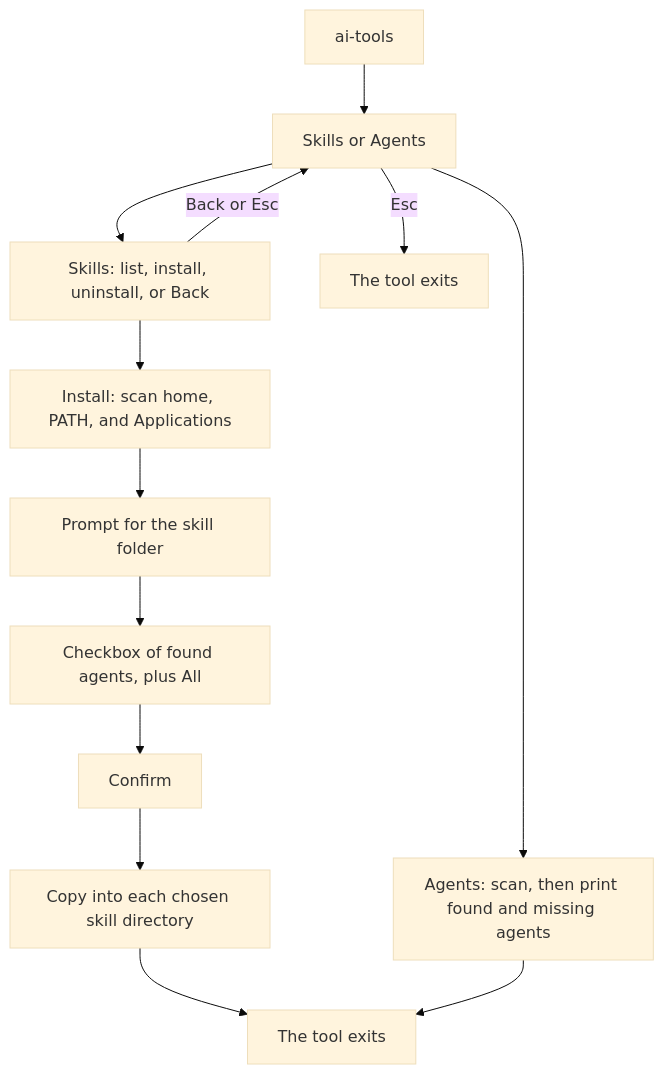
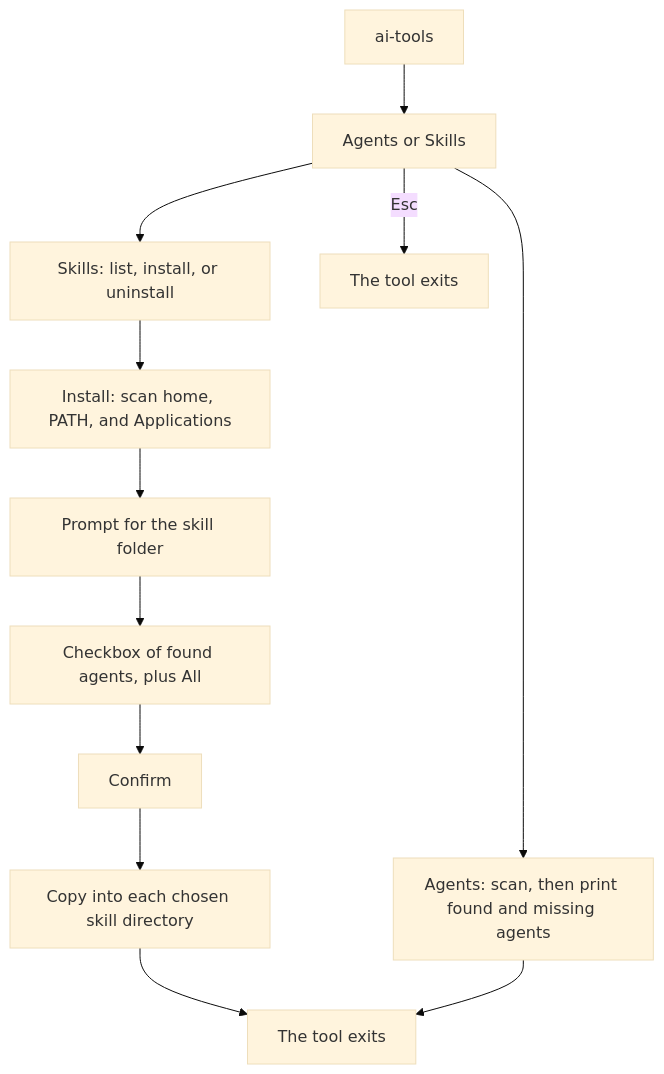
The diagram in PLAN.md (coderdark/ai-tools), drawn with Mermaid (base theme) before and after one commit. The commit also changed other lines of this file and 5 other files, not shown here.

First line of the commit message:
Put Agents first in the menu and make Esc exit from every menu

````diff
--- a/PLAN.md
+++ b/PLAN.md
@@ -25,15 +25,14 @@
 ```mermaid
 flowchart TD
-  start["ai-tools"] --> menu["Skills or Agents"]
+  start["ai-tools"] --> menu["Agents or Skills"]
   menu --> show["Agents: scan, then print found and missing agents"]
-  menu --> skillsMenu["Skills: list, install, uninstall, or Back"]
+  menu --> skillsMenu["Skills: list, install, or uninstall"]
   skillsMenu --> scan["Install: scan home, PATH, and Applications"]
   scan --> path["Prompt for the skill folder"]
   path --> pick["Checkbox of found agents, plus All"]
   pick --> confirm["Confirm"]
   confirm --> copy["Copy into each chosen skill directory"]
   copy --> done["The tool exits"]
-  skillsMenu -->|"Back or Esc"| menu
   show --> done
   menu -->|"Esc"| leave["The tool exits"]
 ```
````
